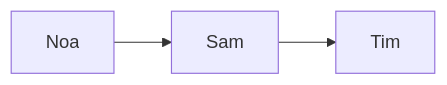
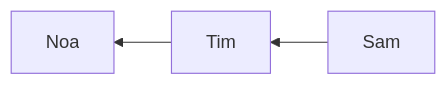
The first of 3 diagrams in docs/TNSI/01ListesPilesFiles/010Files/01definition.md (nsiceret/test_mkdocs), drawn with Mermaid before and after one commit. The commit also changed other lines of this file and 43 other files, not shown here.

````diff
--- a/docs/TNSI/01ListesPilesFiles/010Files/01definition.md
+++ b/docs/TNSI/01ListesPilesFiles/010Files/01definition.md
@@ -23,5 +18,5 @@
     ``` mermaid
-    graph LR
-      Noa --> Sam;
+    graph RL
       Sam --> Tim;
+      Tim --> Noa;
     ```
````
